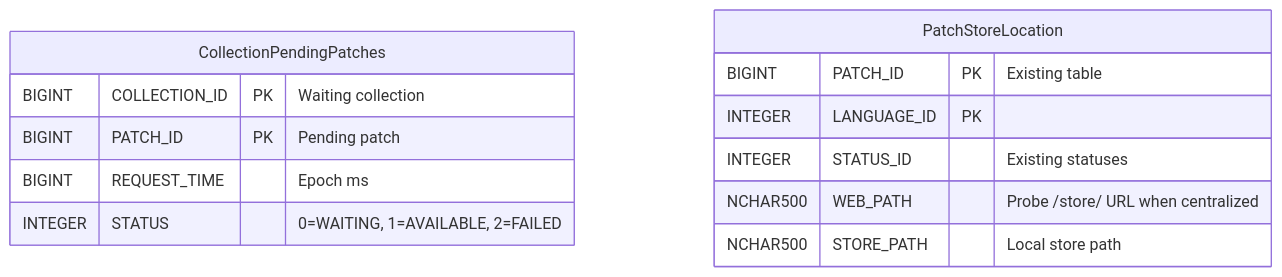
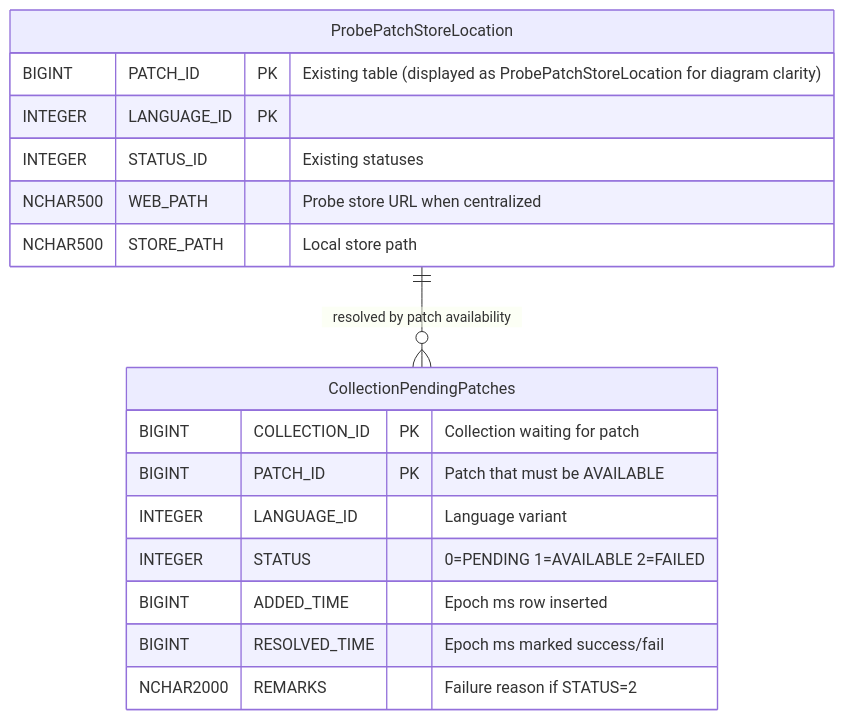
One commit to ranjithkumar-a-23525/RebaseEx changed the second of 2 diagrams in low-level-design-v2.md. Above: the diagram before and after it, drawn with Mermaid. The commit also changed other lines of this file, not shown here.

````diff
--- a/low-level-design-v2.md
+++ b/low-level-design-v2.md
@@ -945,17 +960,22 @@
 ```mermaid
 erDiagram
-    CollectionPendingPatches {
-        BIGINT COLLECTION_ID PK "Waiting collection"
-        BIGINT PATCH_ID PK "Pending patch"
-        BIGINT REQUEST_TIME "Epoch ms"
-        INTEGER STATUS "0=WAITING, 1=AVAILABLE, 2=FAILED"
+    ProbePatchStoreLocation {
+        BIGINT PATCH_ID PK "Existing table (displayed as ProbePatchStoreLocation for diagram clarity)"
+        INTEGER LANGUAGE_ID PK
+        INTEGER STATUS_ID "Existing statuses"
+        NCHAR500 WEB_PATH "Probe store URL when centralized"
+        NCHAR500 STORE_PATH "Local store path"
     }
 
-    PatchStoreLocation {
-        BIGINT PATCH_ID PK "Existing table"
-        INTEGER LANGUAGE_ID PK
-        INTEGER STATUS_ID "Existing statuses"
-        NCHAR500 WEB_PATH "Probe /store/ URL when centralized"
-        NCHAR500 STORE_PATH "Local store path"
+    CollectionPendingPatches {
+        BIGINT COLLECTION_ID PK "Collection waiting for patch"
+        BIGINT PATCH_ID PK "Patch that must be AVAILABLE"
+        INTEGER LANGUAGE_ID "Language variant"
+        INTEGER STATUS "0=PENDING 1=AVAILABLE 2=FAILED"
+        BIGINT ADDED_TIME "Epoch ms row inserted"
+        BIGINT RESOLVED_TIME "Epoch ms marked success/fail"
+        NCHAR2000 REMARKS "Failure reason if STATUS=2"
     }
+
+    ProbePatchStoreLocation ||--o{ CollectionPendingPatches : "resolved by patch availability"
 ```
````
